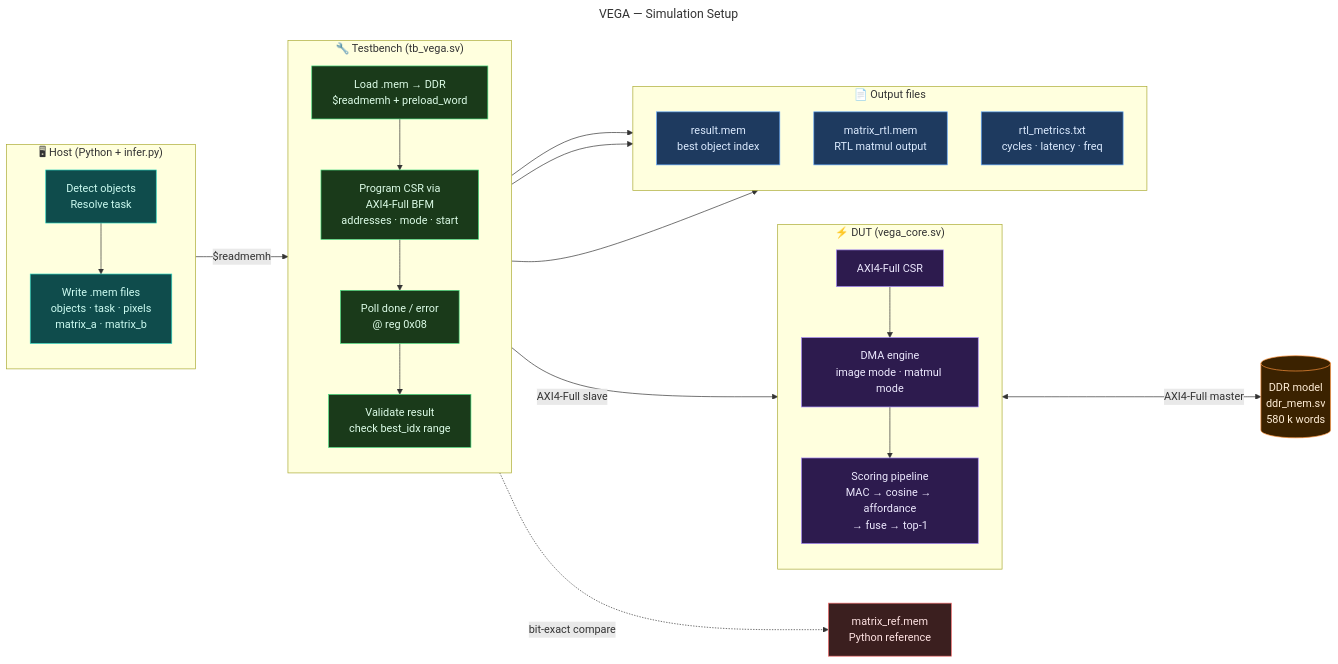
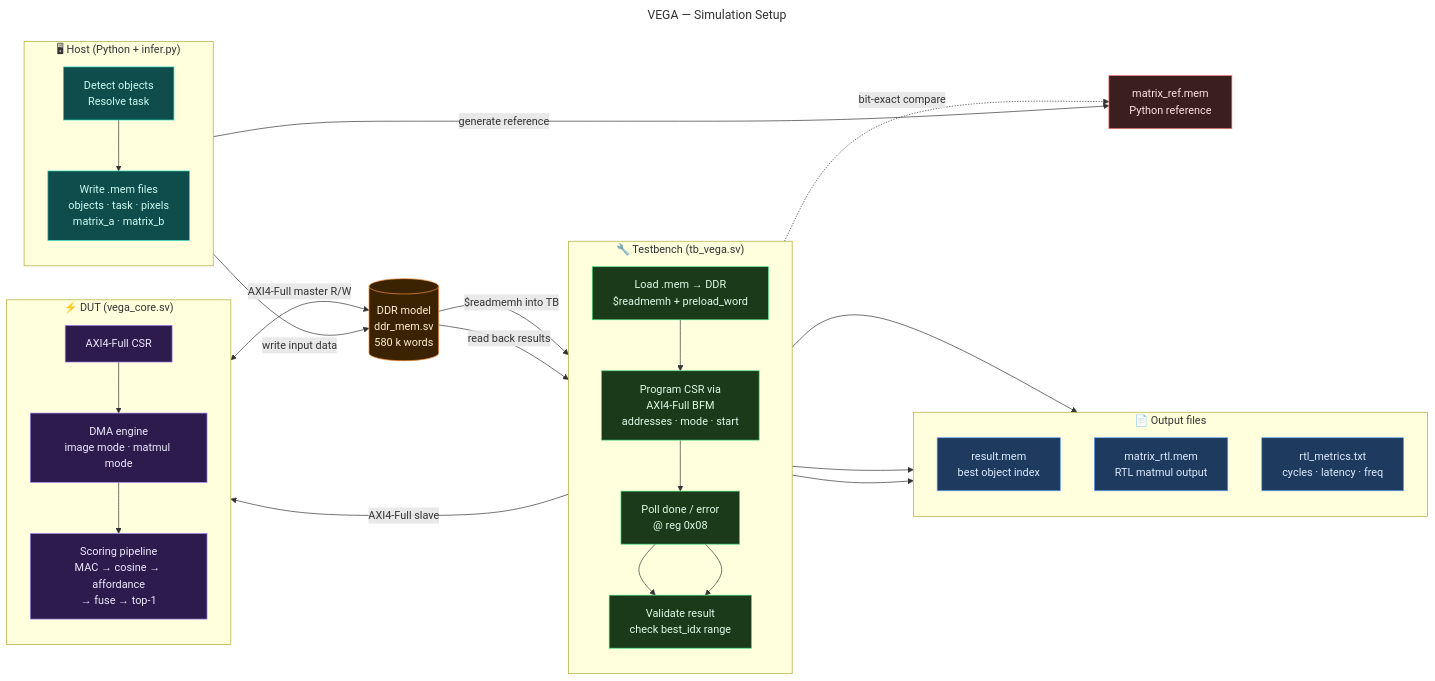
Before and after one commit to navyarojin/trivega: the second of 3 diagrams in report.md, drawn with Mermaid.

````diff
--- a/report.md
+++ b/report.md
@@ -50,70 +50,74 @@
 ```mermaid
 ---
 title: VEGA — Simulation Setup
 ---
 flowchart LR
 
-    %% ── Input preparation ────────────────────────────────────────────
+    %% ── Host ─────────────────────────────────────────────────────────
     subgraph SW["🖥  Host  (Python + infer.py)"]
         direction TB
         PY["Detect objects\nResolve task"]
         MEM["Write .mem files\nobjects · task · pixels\nmatrix_a · matrix_b"]
         PY --> MEM
     end
+
+    %% ── DDR memory model ─────────────────────────────────────────────
+    DDR[("DDR model\nddr_mem.sv\n580 k words")]
 
     %% ── Testbench ────────────────────────────────────────────────────
     subgraph TB["🔧  Testbench  (tb_vega.sv)"]
         direction TB
         INIT["Load .mem → DDR\n$readmemh + preload_word"]
         CFG["Program CSR via\nAXI4-Full BFM\naddresses · mode · start"]
         POLL["Poll done / error\n@ reg 0x08"]
         CHK["Validate result\ncheck best_idx range"]
         INIT --> CFG --> POLL --> CHK
     end
 
     %% ── DUT ──────────────────────────────────────────────────────────
     subgraph DUT["⚡  DUT  (vega_core.sv)"]
         direction TB
         CSR["AXI4-Full CSR"]
         DMA["DMA engine\nimage mode · matmul mode"]
         PIPE["Scoring pipeline\nMAC → cosine → affordance\n→ fuse → top-1"]
         CSR --> DMA --> PIPE
     end
 
-    %% ── Memory ───────────────────────────────────────────────────────
-    DDR[("DDR model\nddr_mem.sv\n580 k words")]
-
     %% ── Outputs ──────────────────────────────────────────────────────
     subgraph OUT["📄  Output files"]
         direction TB
         R1["result.mem\nbest object index"]
         R2["matrix_rtl.mem\nRTL matmul output"]
         R3["rtl_metrics.txt\ncycles · latency · freq"]
     end
 
     REF["matrix_ref.mem\nPython reference"]
 
     %% ── Flow ─────────────────────────────────────────────────────────
-    SW -->|"$readmemh"| INIT
+    MEM -->|"write input data"| DDR
+    DDR -->|"$readmemh into TB"| INIT
     CFG -->|"AXI4-Full slave"| CSR
-    DMA <-->|"AXI4-Full master"| DDR
+    DMA <-->|"AXI4-Full master R/W"| DDR
+    POLL --> CHK
+    DDR -->|"read back results"| CHK
     CHK --> R1
     CHK --> R2
     CHK --> R3
+    MEM -->|"generate reference"| REF
     CHK -.->|"bit-exact compare"| REF
 
     %% ── Styling ──────────────────────────────────────────────────────
     classDef sw   fill:#0f4c4c,stroke:#2dd4bf,color:#ccfbf1
     classDef tb   fill:#1a3a1a,stroke:#4ade80,color:#dcfce7
     classDef dut  fill:#2d1b4e,stroke:#a78bfa,color:#ede9fe
     classDef ddr  fill:#3b2200,stroke:#fb923c,color:#ffedd5
     classDef out  fill:#1e3a5f,stroke:#60a5fa,color:#dbeafe
     classDef ref  fill:#3b1f1f,stroke:#f87171,color:#fee2e2
 
     class PY,MEM sw
     class INIT,CFG,POLL,CHK tb
     class CSR,DMA,PIPE dut
     class DDR ddr
     class R1,R2,R3 out
     class REF ref
 ```
````
